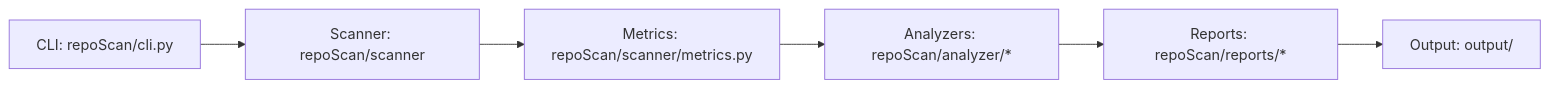
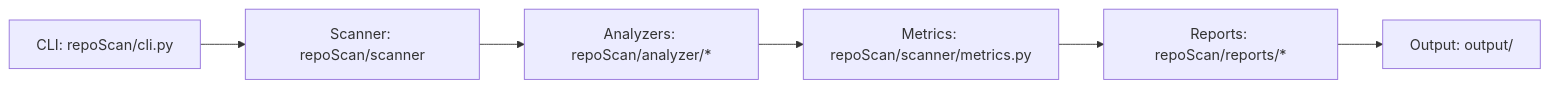
One commit to tecnolgd/repoScanner changed the diagram in assets/docs/architecture.md. Above: the diagram before and after it, drawn with Mermaid. The commit also changed other lines of this file, not shown here.

Commit message:
chore: updated mermaid code to match the process workflow

````diff
--- a/assets/docs/architecture.md
+++ b/assets/docs/architecture.md
@@ -37,8 +37,8 @@
 ```mermaid
 flowchart LR
 	CLI[CLI: repoScan/cli.py] --> Scanner[Scanner: repoScan/scanner]
-	Scanner --> Metrics[Metrics: repoScan/scanner/metrics.py]
-	Metrics --> Analyzers[Analyzers: repoScan/analyzer/*]
-	Analyzers --> Reports[Reports: repoScan/reports/*]
+	Scanner --> Analyzers[Analyzers: repoScan/analyzer/*]
+	Analyzers --> Metrics[Metrics: repoScan/scanner/metrics.py]
+	Metrics --> Reports[Reports: repoScan/reports/*]
 	Reports --> Output[Output: output/]
 ```
````
